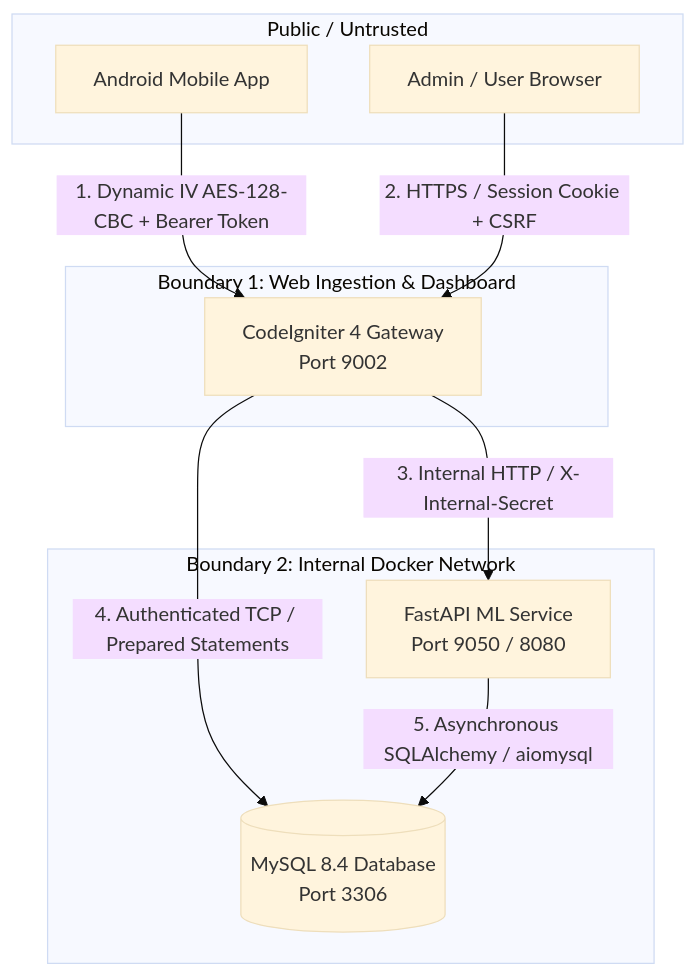
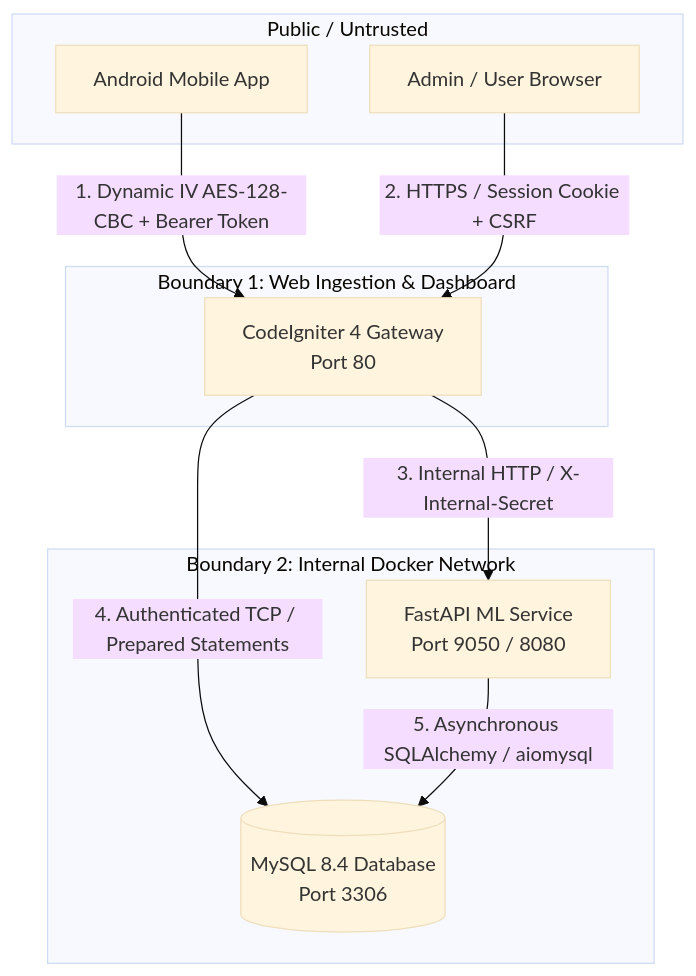
Before and after one commit to Niccher/Smart-SMS: the diagram in docs/architecture/threat-model.md, drawn with Mermaid (base theme). The commit also changed 17 other files, not shown here.

````diff
--- a/docs/architecture/threat-model.md
+++ b/docs/architecture/threat-model.md
@@ -9,22 +9,22 @@
 ```mermaid
 flowchart TD
   subgraph Public / Untrusted
     Android[Android Mobile App]
     Browser[Admin / User Browser]
   end
 
   subgraph Boundary 1: Web Ingestion & Dashboard
-    Web[CodeIgniter 4 Gateway<br/>Port 9002]
+    Web[CodeIgniter 4 Gateway<br/>Port 80]
   end
 
   subgraph Boundary 2: Internal Docker Network
     ML[FastAPI ML Service<br/>Port 9050 / 8080]
     MySQL[(MySQL 8.4 Database<br/>Port 3306)]
   end
 
   Android -->|1. Dynamic IV AES-128-CBC + Bearer Token| Web
   Browser -->|2. HTTPS / Session Cookie + CSRF| Web
   Web -->|3. Internal HTTP / X-Internal-Secret| ML
   Web -->|4. Authenticated TCP / Prepared Statements| MySQL
   ML -->|5. Asynchronous SQLAlchemy / aiomysql| MySQL
 ```
````
